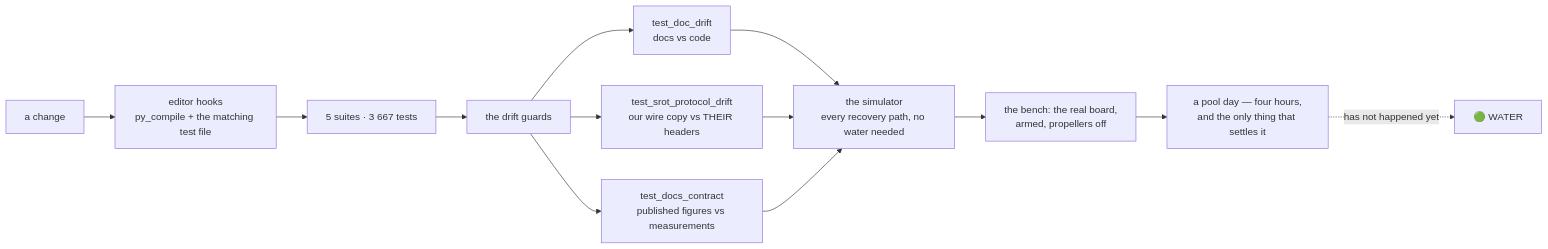
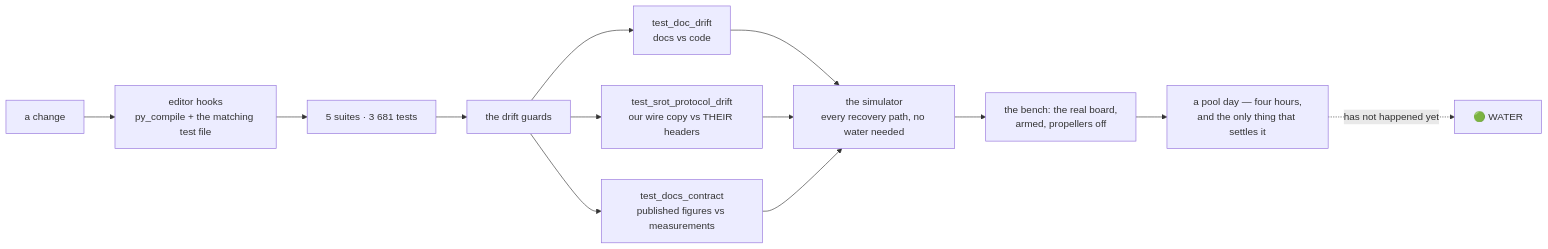
Before and after one commit to fh1m/duburi_ws: the ninth of 10 diagrams in README.md, drawn with Mermaid. The commit also changed other lines of this file and 5 other files, not shown here.

````diff
--- a/README.md
+++ b/README.md
@@ -752,15 +752,15 @@
 ```mermaid
 flowchart LR
     DEV["a change"] --> HOOK["editor hooks<br/>py_compile + the matching test file"]
-    HOOK --> UNIT["5 suites · 3 667 tests"]
+    HOOK --> UNIT["5 suites · 3 681 tests"]
     UNIT --> GUARD["the drift guards"]
     GUARD --> G1["test_doc_drift<br/>docs vs code"]
     GUARD --> G2["test_srot_protocol_drift<br/>our wire copy vs THEIR headers"]
     GUARD --> G3["test_docs_contract<br/>published figures vs measurements"]
     G1 --> SIM["the simulator<br/>every recovery path, no water needed"]
     G2 --> SIM
     G3 --> SIM
     SIM --> BENCH["the bench: the real board,<br/>armed, propellers off"]
     BENCH --> POOL["a pool day — four hours,<br/>and the only thing that settles it"]
     POOL -.->|"has not happened yet"| WATER["🟢 WATER"]
 ```
````
